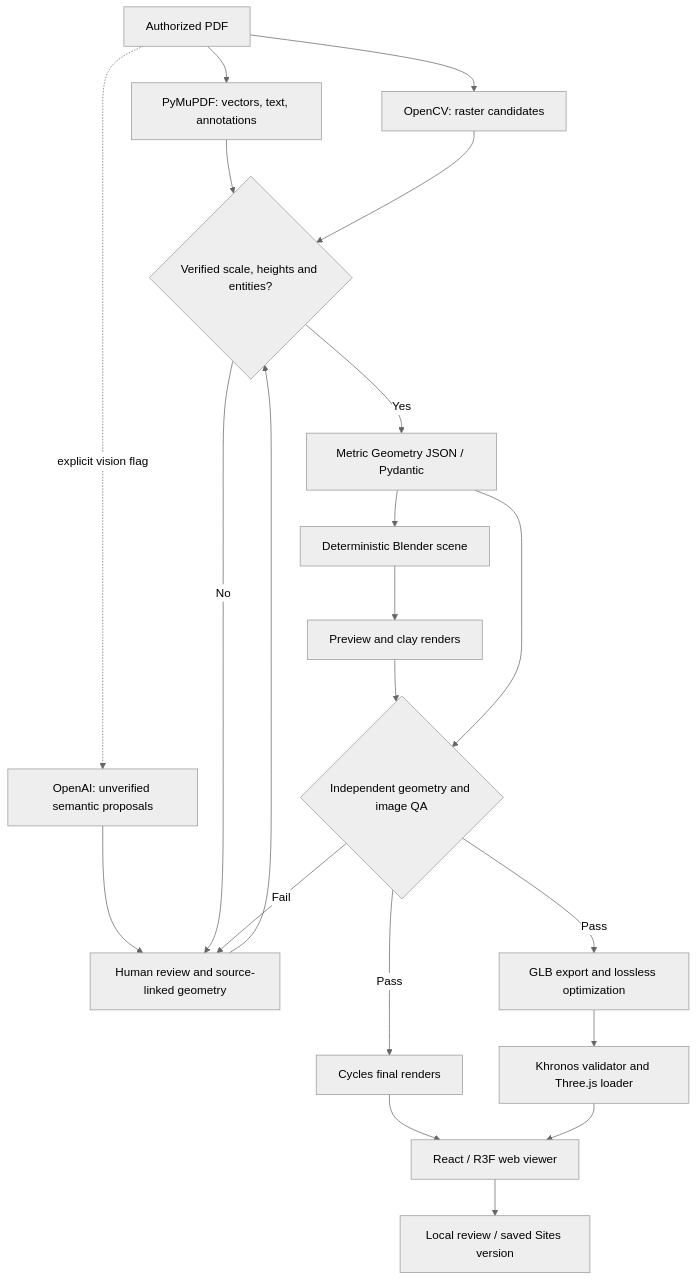
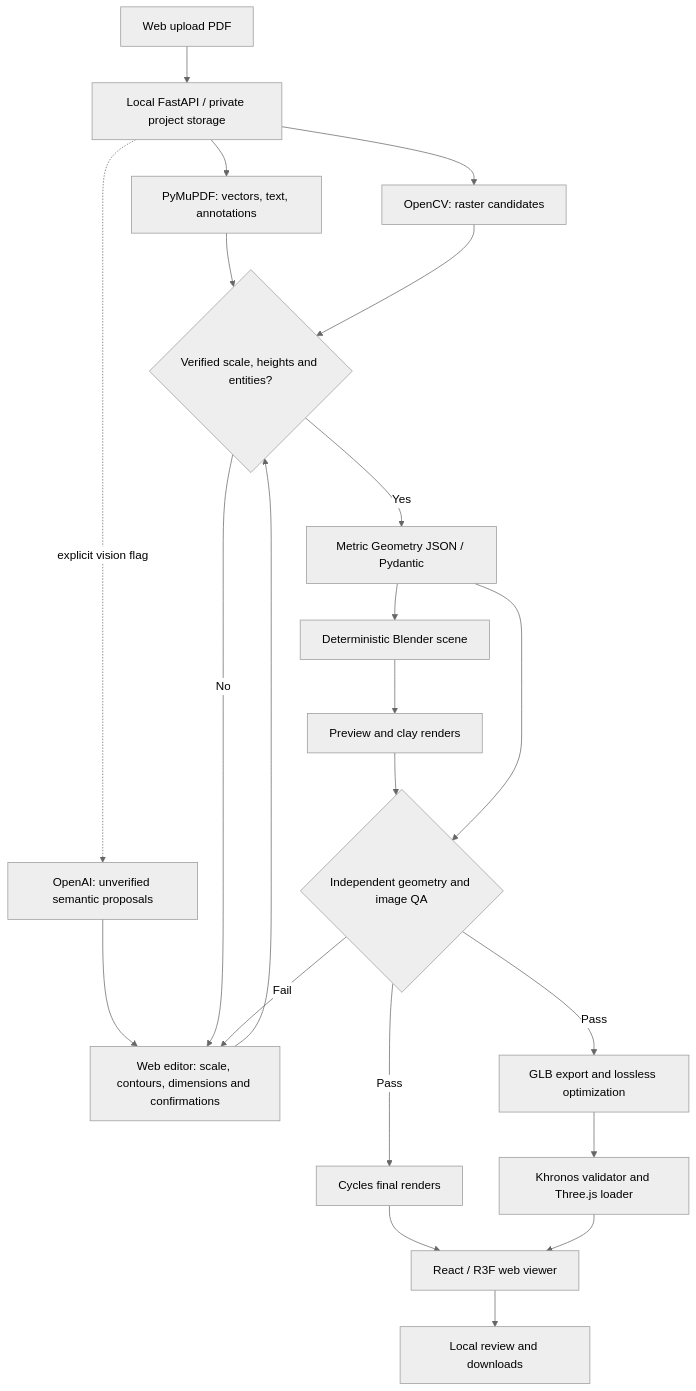
Before and after one commit to GonzaloBarcelo/architectural-ai-visualizer: the diagram in docs/ARCHITECTURE.md, drawn with Mermaid (neutral theme). The commit also changed other lines of this file and 9 other files, not shown here.

Commit message:
Complete browser PDF upload, review and render workflow

````diff
--- a/docs/ARCHITECTURE.md
+++ b/docs/ARCHITECTURE.md
@@ -3,23 +3,24 @@
 ```mermaid
 flowchart TD
-    A[Authorized PDF] --> B[PyMuPDF: vectors, text, annotations]
+    U[Web upload PDF] --> A[Local FastAPI / private project storage]
+    A --> B[PyMuPDF: vectors, text, annotations]
     A --> C[OpenCV: raster candidates]
     A -. explicit vision flag .-> V[OpenAI: unverified semantic proposals]
     B --> D{Verified scale, heights and entities?}
     C --> D
-    V --> R[Human review and source-linked geometry]
+    V --> R[Web editor: scale, contours, dimensions and confirmations]
     D -- No --> R
     R --> D
     D -- Yes --> G[Metric Geometry JSON / Pydantic]
     G --> S[Deterministic Blender scene]
     S --> P[Preview and clay renders]
     P --> Q{Independent geometry and image QA}
     G --> Q
     Q -- Fail --> R
     Q -- Pass --> F[Cycles final renders]
     Q -- Pass --> E[GLB export and lossless optimization]
     E --> L[Khronos validator and Three.js loader]
     F --> W[React / R3F web viewer]
     L --> W
-    W --> H[Local review / saved Sites version]
+    W --> H[Local review and downloads]
 ```
````
